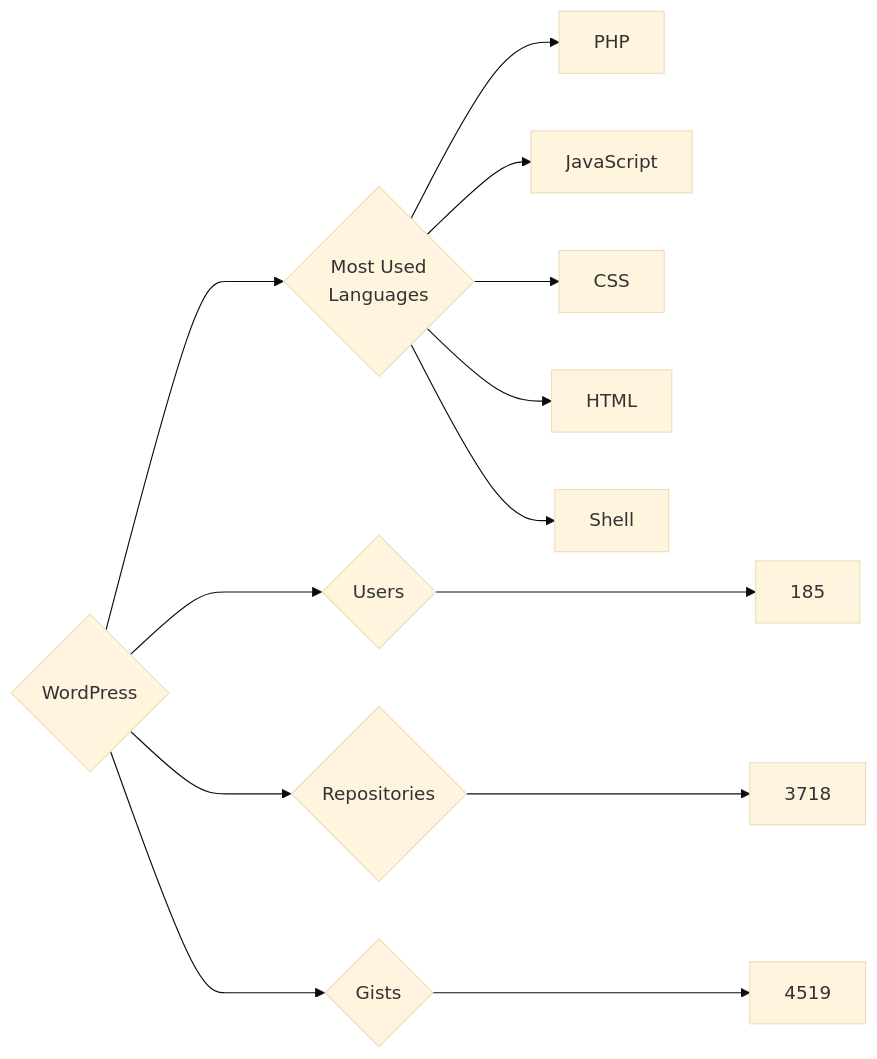
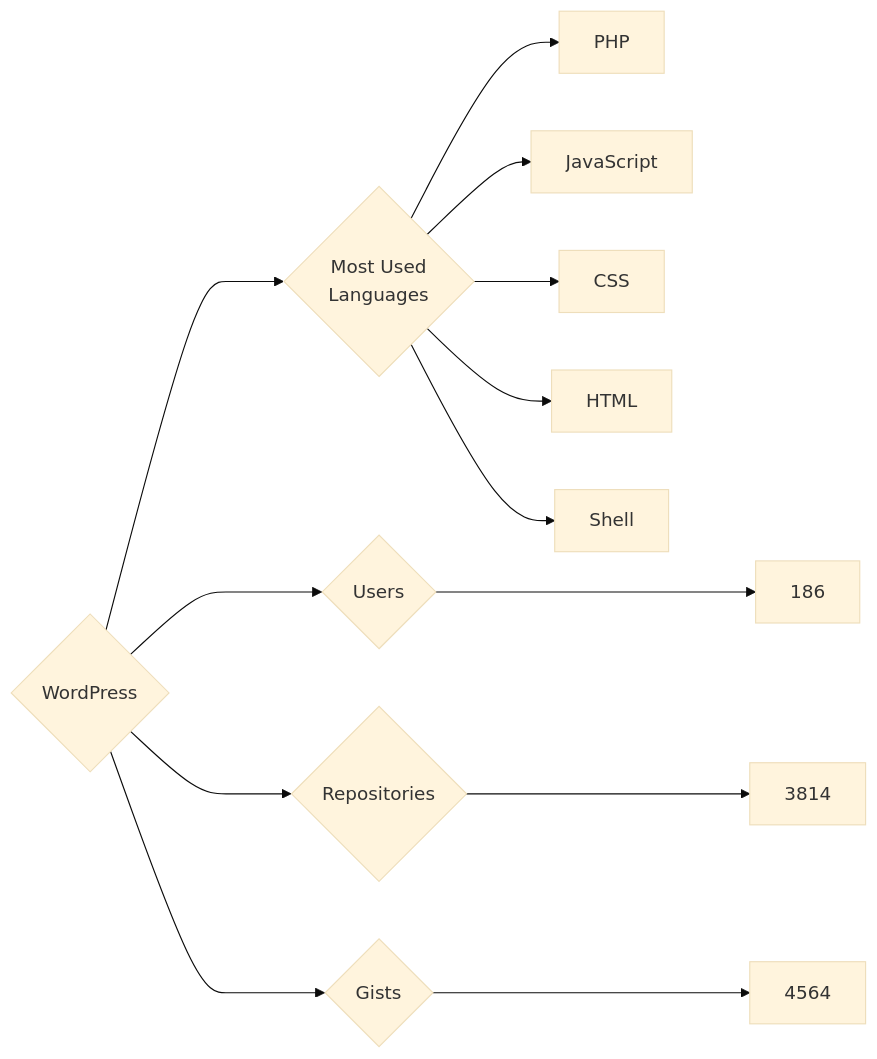
One commit to trickest/insiders changed the diagram in targets/WordPress/README.md. Above: the diagram before and after it, drawn with Mermaid (base theme). The commit also changed 964 other files, not shown here.

````diff
--- a/targets/WordPress/README.md
+++ b/targets/WordPress/README.md
@@ -3,13 +3,13 @@
 ```mermaid
 graph LR
 COMPANY_NAME{WordPress}
-COMPANY_NAME ---> U{Users} ---> UN[185]
-COMPANY_NAME ---> R{Repositories} ---> RN[3718]
-COMPANY_NAME ---> G{Gists} ---> GN[4519]
+COMPANY_NAME ---> U{Users} ---> UN[186]
+COMPANY_NAME ---> R{Repositories} ---> RN[3814]
+COMPANY_NAME ---> G{Gists} ---> GN[4564]
 COMPANY_NAME ---> ML{Most Used<br>Languages}
 ML --> PHP[PHP]
 ML --> JavaScript[JavaScript]
 ML --> CSS[CSS]
 ML --> HTML[HTML]
 ML --> Shell[Shell]
 ```
````
